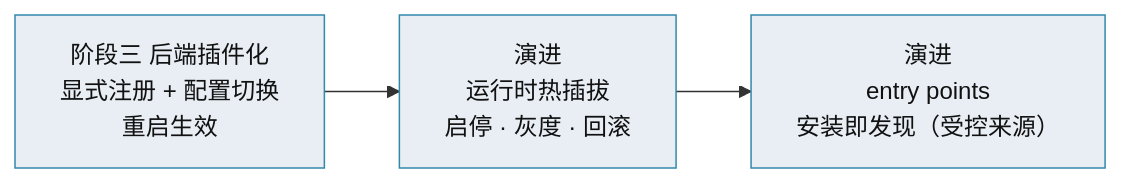
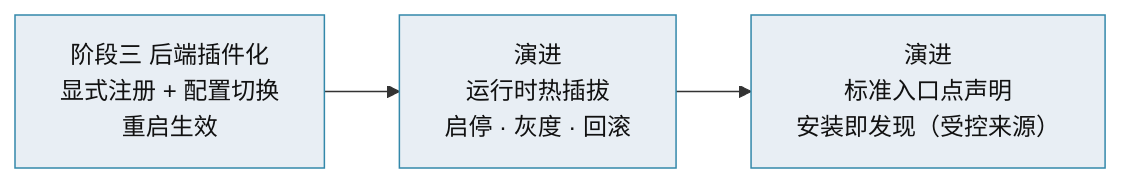
Before and after one commit to minjian123/basic-management-system: the third of 4 diagrams in bms文档/设计/架构设计/10_架构设计_子系统_扩展点与插件化.md, drawn with Mermaid. The commit also changed other lines of this file and 18 other files, not shown here.

````diff
--- a/bms文档/设计/架构设计/10_架构设计_子系统_扩展点与插件化.md
+++ b/bms文档/设计/架构设计/10_架构设计_子系统_扩展点与插件化.md
@@ -123,5 +125,5 @@
 ```mermaid
 flowchart LR
-    S1["阶段三 后端插件化<br/>显式注册 + 配置切换<br/>重启生效"]:::s --> S2["演进<br/>运行时热插拔<br/>启停 · 灰度 · 回滚"]:::s --> S3["演进<br/>entry points<br/>安装即发现（受控来源）"]:::s
+    S1["阶段三 后端插件化<br/>显式注册 + 配置切换<br/>重启生效"]:::s --> S2["演进<br/>运行时热插拔<br/>启停 · 灰度 · 回滚"]:::s --> S3["演进<br/>标准入口点声明<br/>安装即发现（受控来源）"]:::s
     classDef s fill:#e8eef4,stroke:#38a,color:#111
 ```
````
